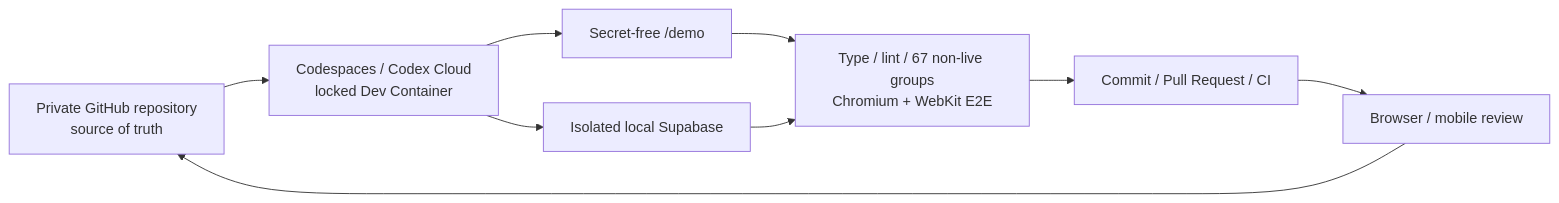
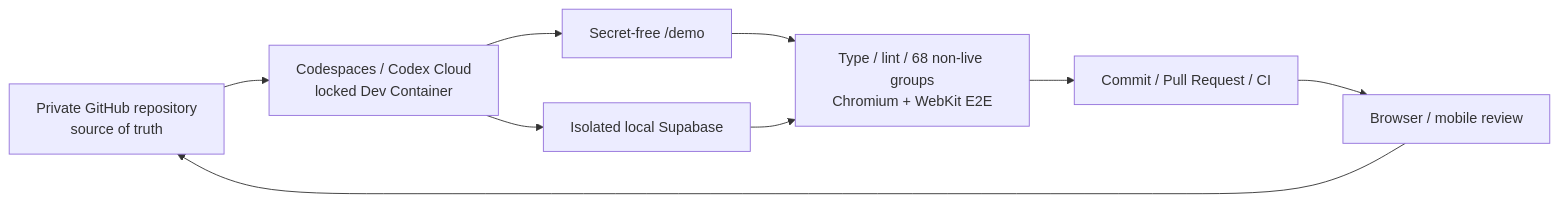
One commit to genellect/compass-interactive changed the first of 2 diagrams in README.md. Above: the diagram before and after it, drawn with Mermaid. The commit also changed other lines of this file and 42 other files, not shown here.

````diff
--- a/README.md
+++ b/README.md
@@ -109,11 +109,11 @@
 ```mermaid
 flowchart LR
     GitHub["Private GitHub repository\nsource of truth"] --> Workspace["Codespaces / Codex Cloud\nlocked Dev Container"]
     Workspace --> Demo["Secret-free /demo"]
     Workspace --> Local["Isolated local Supabase"]
-    Demo --> Gate["Type / lint / 67 non-live groups\nChromium + WebKit E2E"]
+    Demo --> Gate["Type / lint / 68 non-live groups\nChromium + WebKit E2E"]
     Local --> Gate
     Gate --> PR["Commit / Pull Request / CI"]
     PR --> Review["Browser / mobile review"]
     Review --> GitHub
 ```
````
